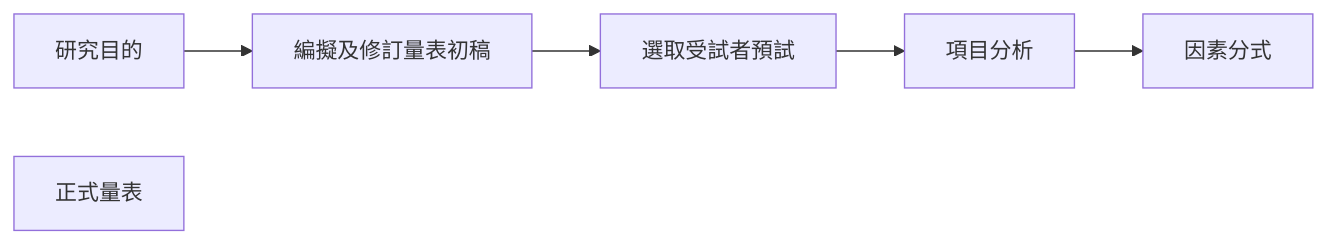
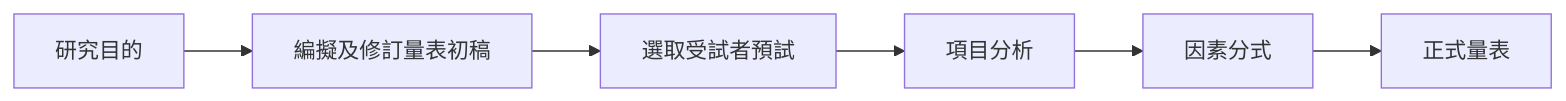
The third of 3 diagrams in _posts/2022-05-21-statistic_analysis.md (chchoiw/chchoiw.github.io), drawn with Mermaid before and after one commit. The commit also changed other lines of this file, not shown here.

````diff
--- a/_posts/2022-05-21-statistic_analysis.md
+++ b/_posts/2022-05-21-statistic_analysis.md
@@ -366,14 +366,15 @@
 ```mermaid
 graph LR
 id0[研究目的]
 id1[編擬及修訂量表初稿]
 id2[選取受試者預試]
 id3[項目分析]
 id4[因素分式]
 id5[正式量表]
 
 id0-->id1
 id1-->id2
 id2-->id3
 id3-->id4
+id4-->id5
 ```
````
